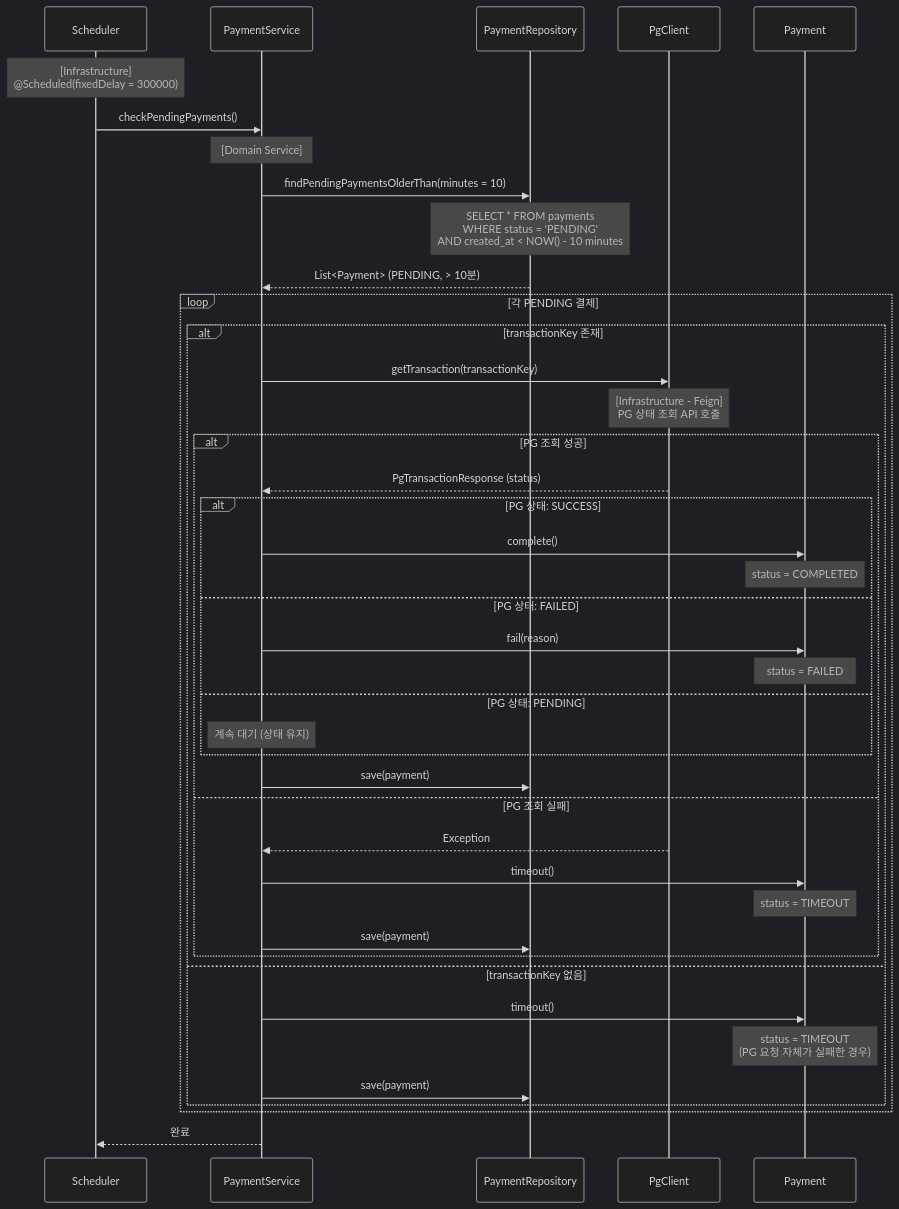
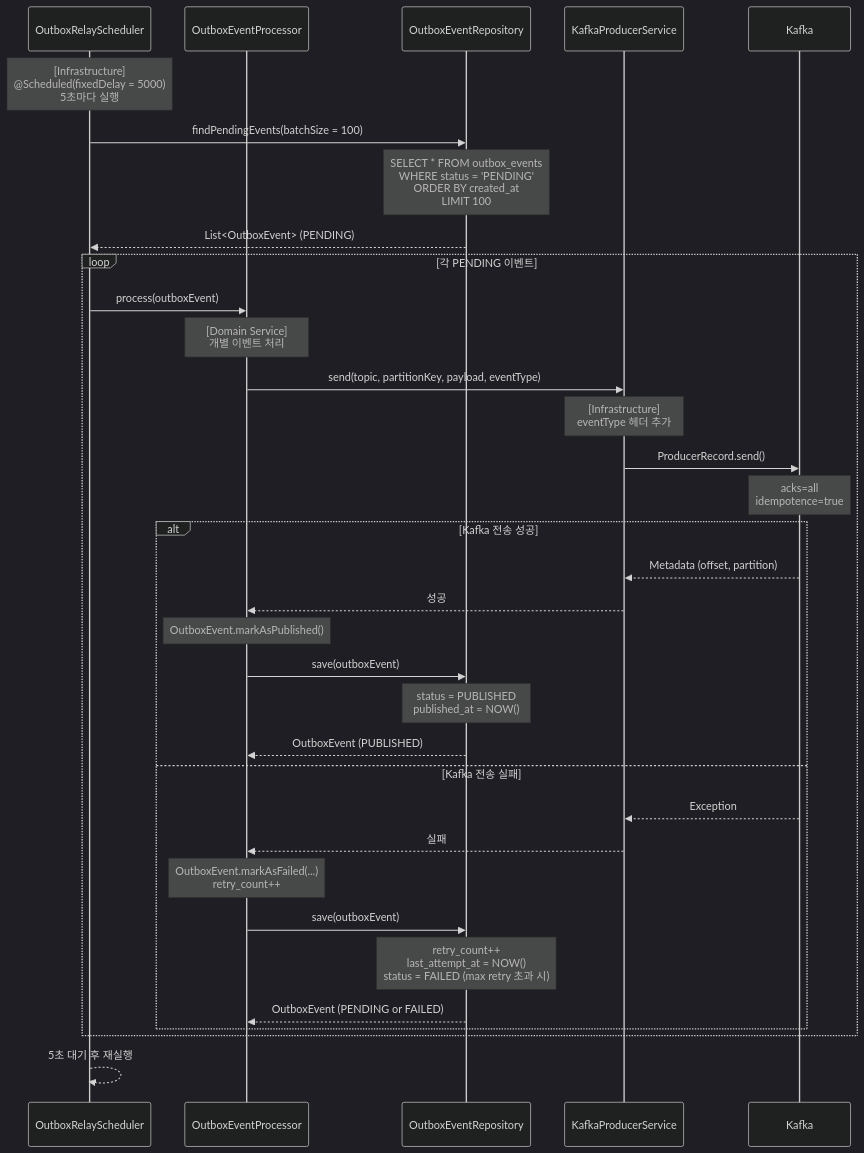
Diagram 13 of 14 in .docs/_architecture/2-sequence-diagrams.md (ghojeong/loopers-spring-kotlin-template), drawn with Mermaid (dark theme) before and after one commit. The commit also changed other lines of this file and 2 other files, not shown here.

````diff
--- a/.docs/_architecture/2-sequence-diagrams.md
+++ b/.docs/_architecture/2-sequence-diagrams.md
@@ -858,53 +932,46 @@
 ```mermaid
 sequenceDiagram
-    participant Scheduler
-    participant PaymentService
-    participant PaymentRepository
-    participant PgClient
-    participant Payment
+    participant Scheduler as OutboxRelayScheduler
+    participant Processor as OutboxEventProcessor
+    participant OutboxRepo as OutboxEventRepository
+    participant KafkaProducer as KafkaProducerService
+    participant Kafka
 
-    Note over Scheduler: [Infrastructure]<br/>@Scheduled(fixedDelay = 300000)
+    Note over Scheduler: [Infrastructure]<br/>@Scheduled(fixedDelay = 5000)<br/>5초마다 실행
 
-    Scheduler->>PaymentService: checkPendingPayments()
-    Note over PaymentService: [Domain Service]
+    Scheduler->>OutboxRepo: findPendingEvents(batchSize = 100)
+    Note over OutboxRepo: SELECT * FROM outbox_events<br/>WHERE status = 'PENDING'<br/>ORDER BY created_at<br/>LIMIT 100
+    OutboxRepo-->>Scheduler: List<OutboxEvent> (PENDING)
 
-    PaymentService->>PaymentRepository: findPendingPaymentsOlderThan(minutes = 10)
-    Note over PaymentRepository: SELECT * FROM payments<br/>WHERE status = 'PENDING'<br/>AND created_at < NOW() - 10 minutes
+    loop 각 PENDING 이벤트
+        Scheduler->>Processor: process(outboxEvent)
+        Note over Processor: [Domain Service]<br/>개별 이벤트 처리
 
-    PaymentRepository-->>PaymentService: List<Payment> (PENDING, > 10분)
+        Processor->>KafkaProducer: send(topic, partitionKey, payload, eventType)
+        Note over KafkaProducer: [Infrastructure]<br/>eventType 헤더 추가
 
-    loop 각 PENDING 결제
-        alt transactionKey 존재
-            PaymentService->>PgClient: getTransaction(transactionKey)
-            Note over PgClient: [Infrastructure - Feign]<br/>PG 상태 조회 API 호출
+        KafkaProducer->>Kafka: ProducerRecord.send()
+        Note over Kafka: acks=all<br/>idempotence=true
 
-            alt PG 조회 성공
-                PgClient-->>PaymentService: PgTransactionResponse (status)
+        alt Kafka 전송 성공
+            Kafka-->>KafkaProducer: Metadata (offset, partition)
+            KafkaProducer-->>Processor: 성공
 
-                alt PG 상태: SUCCESS
-                    PaymentService->>Payment: complete()
-                    Note over Payment: status = COMPLETED
-                else PG 상태: FAILED
-                    PaymentService->>Payment: fail(reason)
-                    Note over Payment: status = FAILED
-                else PG 상태: PENDING
-                    Note over PaymentService: 계속 대기 (상태 유지)
-                end
+            Note over Processor: OutboxEvent.markAsPublished()
+            Processor->>OutboxRepo: save(outboxEvent)
+            Note over OutboxRepo: status = PUBLISHED<br/>published_at = NOW()
+            OutboxRepo-->>Processor: OutboxEvent (PUBLISHED)
 
-                PaymentService->>PaymentRepository: save(payment)
-            else PG 조회 실패
-                PgClient-->>PaymentService: Exception
+        else Kafka 전송 실패
+            Kafka-->>KafkaProducer: Exception
+            KafkaProducer-->>Processor: 실패
 
-                PaymentService->>Payment: timeout()
-                Note over Payment: status = TIMEOUT
-                PaymentService->>PaymentRepository: save(payment)
-            end
-        else transactionKey 없음
-            PaymentService->>Payment: timeout()
-            Note over Payment: status = TIMEOUT<br/>(PG 요청 자체가 실패한 경우)
-            PaymentService->>PaymentRepository: save(payment)
+            Note over Processor: OutboxEvent.markAsFailed(...)<br/>retry_count++
+            Processor->>OutboxRepo: save(outboxEvent)
+            Note over OutboxRepo: retry_count++<br/>last_attempt_at = NOW()<br/>status = FAILED (max retry 초과 시)
+            OutboxRepo-->>Processor: OutboxEvent (PENDING or FAILED)
         end
     end
 
-    PaymentService-->>Scheduler: 완료
+    Scheduler-->>Scheduler: 5초 대기 후 재실행
 ```
````
